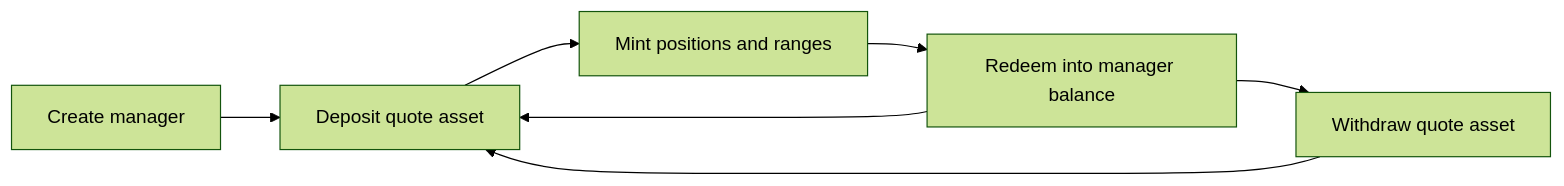
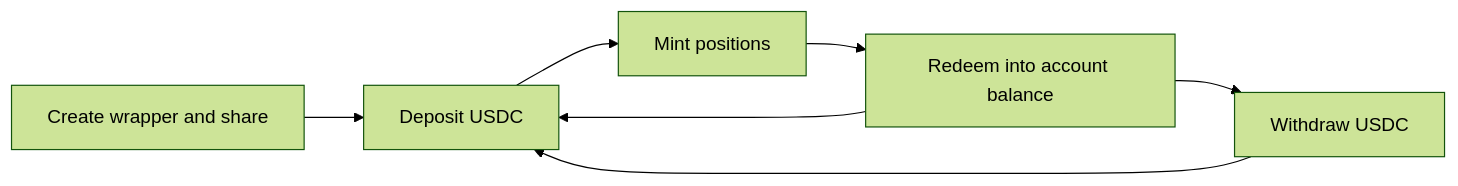
One commit to GeunhwaJeong/haneul changed the diagram in docs/content/onchain-finance/deepbook/deepbook-predict/contract-information/predict-manager.mdx. Above: the diagram before and after it, drawn with Mermaid (forest theme). The commit also changed other lines of this file and 2215 other files, not shown here.

````diff
--- a/docs/content/onchain-finance/deepbook/deepbook-predict/contract-information/predict-manager.mdx
+++ b/docs/content/onchain-finance/deepbook/deepbook-predict/contract-information/predict-manager.mdx
@@ -52,9 +80,9 @@
 ```mermaid
 flowchart LR
-    A[Create manager] --> B[Deposit quote asset]
-    B --> C[Mint positions and ranges]
-    C --> D[Redeem into manager balance]
+    A[Create wrapper and share] --> B[Deposit USDC]
+    B --> C[Mint positions]
+    C --> D[Redeem into account balance]
     D --> B
-    D --> E[Withdraw quote asset]
+    D --> E[Withdraw USDC]
     E --> B
 ```
````
